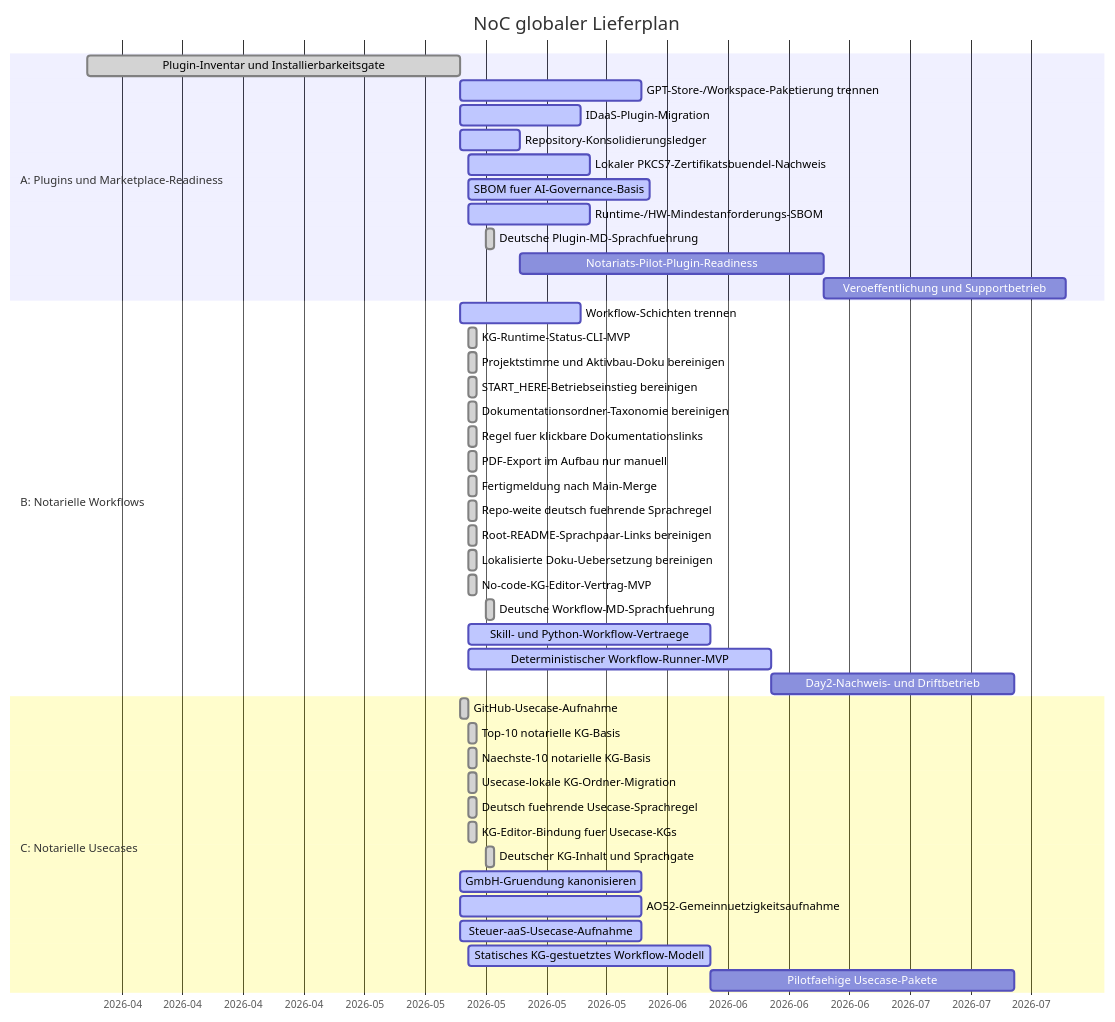
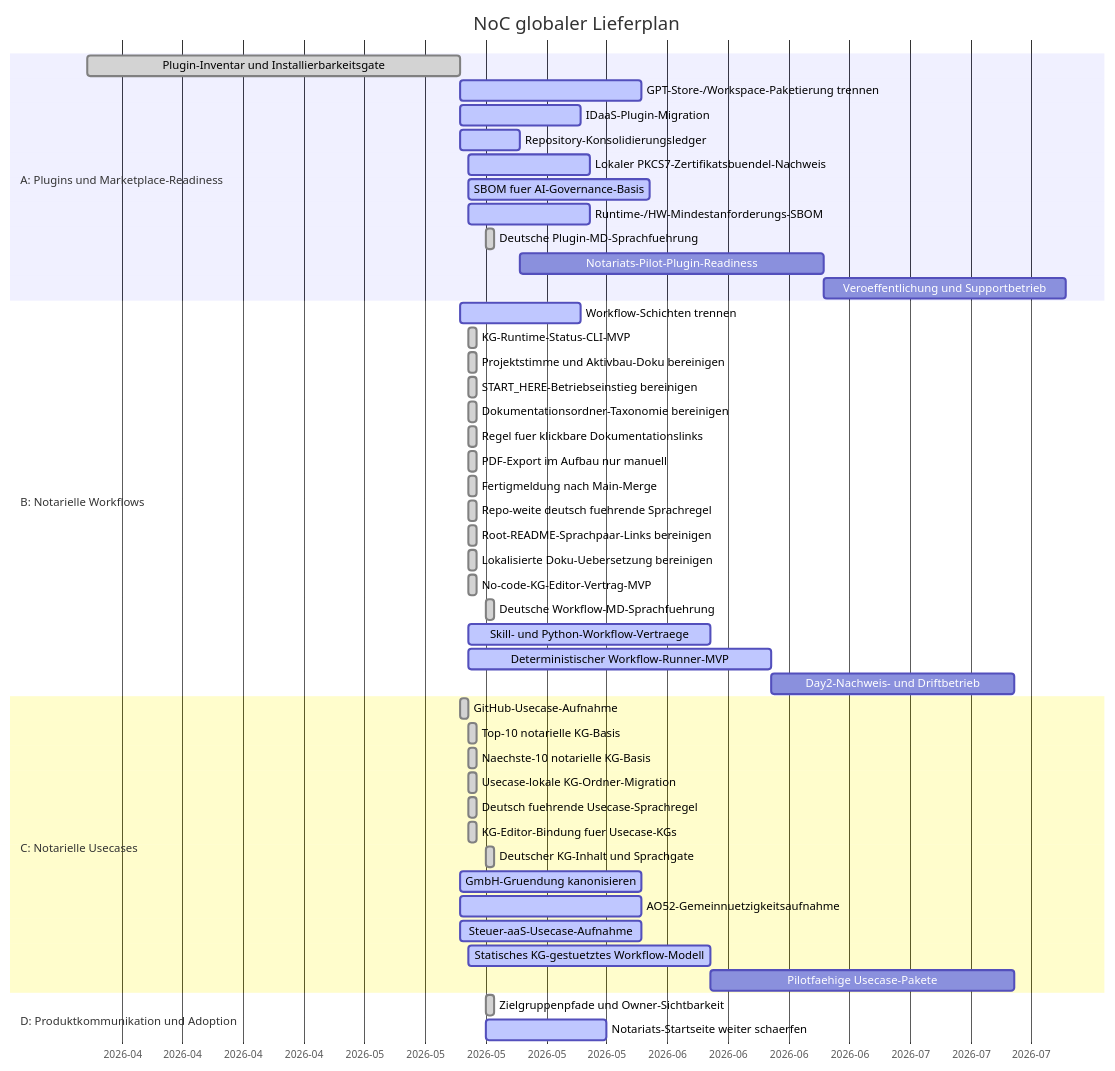
Before and after one commit to notariat8/NaC: the diagram in roadmap/GANTT.md, drawn with Mermaid. The commit also changed other lines of this file and 12 other files, not shown here.

````diff
--- a/roadmap/GANTT.md
+++ b/roadmap/GANTT.md
@@ -13,50 +13,54 @@
 ```mermaid
 gantt
     title NoC globaler Lieferplan
     dateFormat  YYYY-MM-DD
     axisFormat  %Y-%m
 
     section A: Plugins und Marketplace-Readiness
     Plugin-Inventar und Installierbarkeitsgate   :done,    a1, 2026-04-01, 2026-05-14
     GPT-Store-/Workspace-Paketierung trennen     :active,  a2, 2026-05-14, 21d
     IDaaS-Plugin-Migration                       :active,  a3, 2026-05-14, 14d
     Repository-Konsolidierungsledger             :active,  a4, 2026-05-14, 7d
     Lokaler PKCS7-Zertifikatsbuendel-Nachweis    :active,  a4a, 2026-05-15, 14d
     SBOM fuer AI-Governance-Basis                :active,  a4b, 2026-05-15, 21d
     Runtime-/HW-Mindestanforderungs-SBOM         :active,  a4c, 2026-05-15, 14d
     Deutsche Plugin-MD-Sprachfuehrung            :done,    a4d, 2026-05-17, 1d
     Notariats-Pilot-Plugin-Readiness             :         a5, after a4, 35d
     Veroeffentlichung und Supportbetrieb         :         a6, after a5, 28d
 
     section B: Notarielle Workflows
     Workflow-Schichten trennen                   :active,  b1, 2026-05-14, 14d
     KG-Runtime-Status-CLI-MVP                    :done,    b1a, 2026-05-15, 1d
     Projektstimme und Aktivbau-Doku bereinigen   :done,    b1b, 2026-05-15, 1d
     START_HERE-Betriebseinstieg bereinigen       :done,    b1c, 2026-05-15, 1d
     Dokumentationsordner-Taxonomie bereinigen    :done,    b1d, 2026-05-15, 1d
     Regel fuer klickbare Dokumentationslinks     :done,    b1e, 2026-05-15, 1d
     PDF-Export im Aufbau nur manuell             :done,    b1f, 2026-05-15, 1d
     Fertigmeldung nach Main-Merge                :done,    b1g, 2026-05-15, 1d
     Repo-weite deutsch fuehrende Sprachregel     :done,    b1h, 2026-05-15, 1d
     Root-README-Sprachpaar-Links bereinigen      :done,    b1i, 2026-05-15, 1d
     Lokalisierte Doku-Uebersetzung bereinigen    :done,    b1j, 2026-05-15, 1d
     No-code-KG-Editor-Vertrag-MVP                :done,    b1k, 2026-05-15, 1d
     Deutsche Workflow-MD-Sprachfuehrung          :done,    b1l, 2026-05-17, 1d
     Skill- und Python-Workflow-Vertraege         :active,  b2, 2026-05-15, 28d
     Deterministischer Workflow-Runner-MVP        :active,  b3, 2026-05-15, 35d
     Day2-Nachweis- und Driftbetrieb              :         b4, after b3, 28d
 
     section C: Notarielle Usecases
     GitHub-Usecase-Aufnahme                      :done,    c1, 2026-05-14, 1d
     Top-10 notarielle KG-Basis                   :done,    c2, 2026-05-15, 1d
     Naechste-10 notarielle KG-Basis              :done,    c3, 2026-05-15, 1d
     Usecase-lokale KG-Ordner-Migration           :done,    c3a, 2026-05-15, 1d
     Deutsch fuehrende Usecase-Sprachregel        :done,    c3b, 2026-05-15, 1d
     KG-Editor-Bindung fuer Usecase-KGs           :done,    c3c, 2026-05-15, 1d
     Deutscher KG-Inhalt und Sprachgate           :done,    c3d, 2026-05-17, 1d
     GmbH-Gruendung kanonisieren                  :active,  c4, 2026-05-14, 21d
     AO52-Gemeinnuetzigkeitsaufnahme              :active,  c5, 2026-05-14, 21d
     Steuer-aaS-Usecase-Aufnahme                  :active,  c6, 2026-05-14, 21d
     Statisches KG-gestuetztes Workflow-Modell    :active,  c7, 2026-05-15, 28d
     Pilotfaehige Usecase-Pakete                  :         c8, after c7, 35d
+
+    section D: Produktkommunikation und Adoption
+    Zielgruppenpfade und Owner-Sichtbarkeit      :done,    d1, 2026-05-17, 1d
+    Notariats-Startseite weiter schaerfen        :active,  d2, 2026-05-17, 14d
 ```
````
